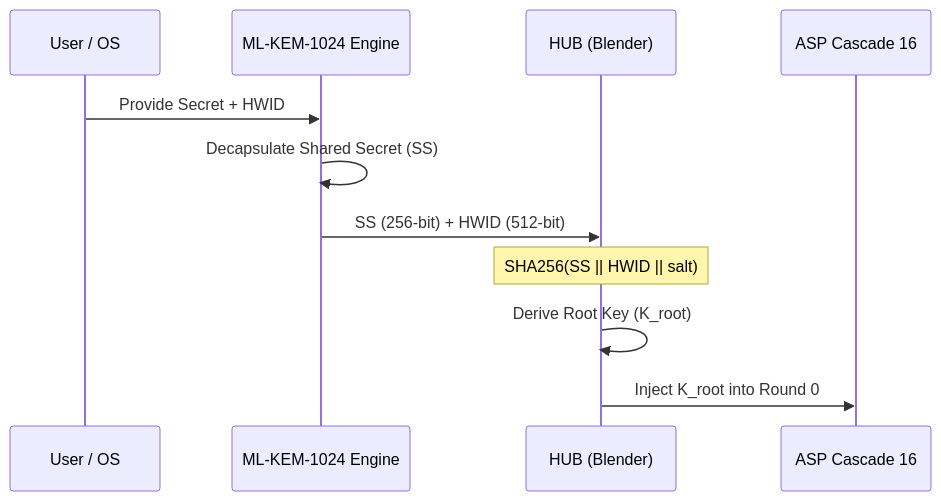
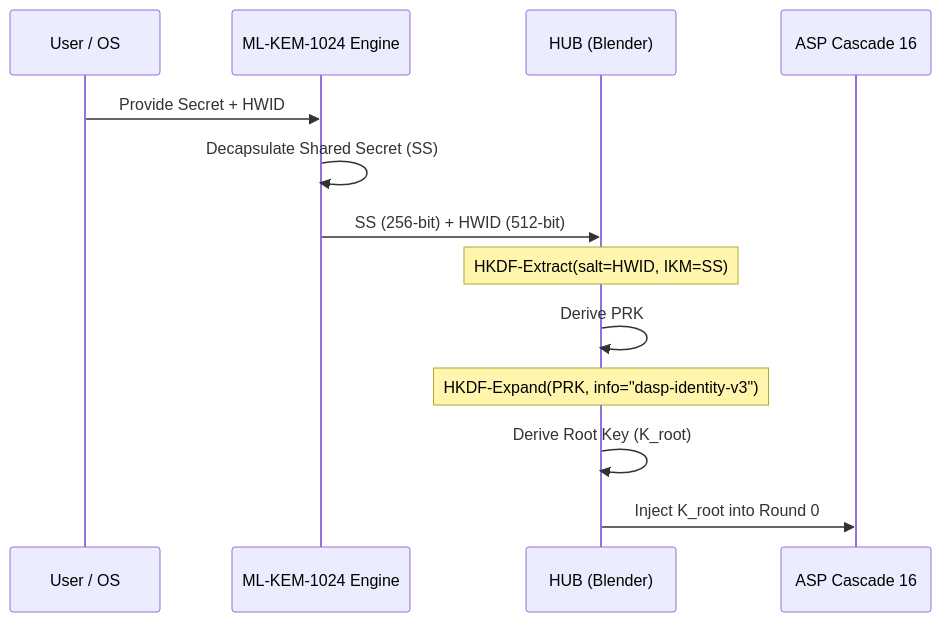
Before and after one commit to Kryklin/darkstar: the second of 4 diagrams in d-asp/DASP_SYSTEM_FLOW.md, drawn with Mermaid. The commit also changed 2 other files, not shown here.

Commit message:
docs: add D-ASP system architecture documentation and update suite version to 3.0.2

````diff
--- a/d-asp/DASP_SYSTEM_FLOW.md
+++ b/d-asp/DASP_SYSTEM_FLOW.md
@@ -38,14 +38,16 @@
 ```mermaid
 sequenceDiagram
     participant U as User / OS
     participant K as ML-KEM-1024 Engine
     participant H as HUB (Blender)
     participant G as ASP Cascade 16
 
     U->>K: Provide Secret + HWID
     K->>K: Decapsulate Shared Secret (SS)
     K->>H: SS (256-bit) + HWID (512-bit)
-    Note over H: SHA256(SS || HWID || salt)
+    Note over H: HKDF-Extract(salt=HWID, IKM=SS)
+    H->>H: Derive PRK
+    Note over H: HKDF-Expand(PRK, info="dasp-identity-v3")
     H->>H: Derive Root Key (K_root)
     H->>G: Inject K_root into Round 0
 ```
````
